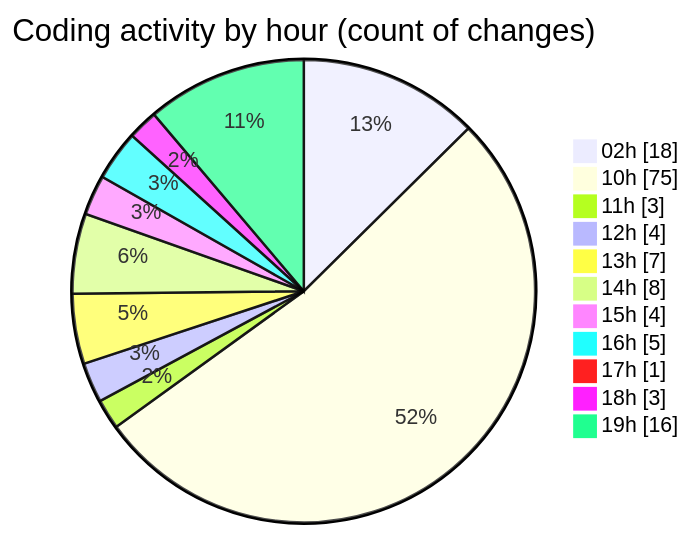
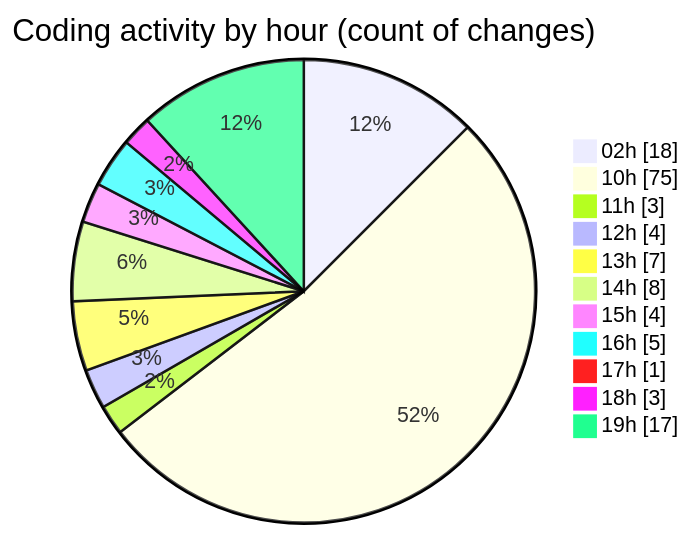
Before and after one commit to shibass792/code-tracking: the second of 2 diagrams in 2026-07-08/twenty_versions_aminor/README.md, drawn with Mermaid. The commit also changed other lines of this file and 1 other file, not shown here.

````diff
--- a/2026-07-08/twenty_versions_aminor/README.md
+++ b/2026-07-08/twenty_versions_aminor/README.md
@@ -46,15 +47,15 @@
 ```mermaid
 pie showData
 title Coding activity by hour (count of changes)
 "02h" : 18
 "10h" : 75
 "11h" : 3
 "12h" : 4
 "13h" : 7
 "14h" : 8
 "15h" : 4
 "16h" : 5
 "17h" : 1
 "18h" : 3
-"19h" : 16
+"19h" : 17
 ```
````
